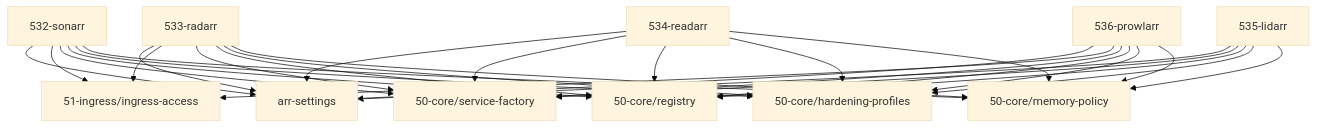
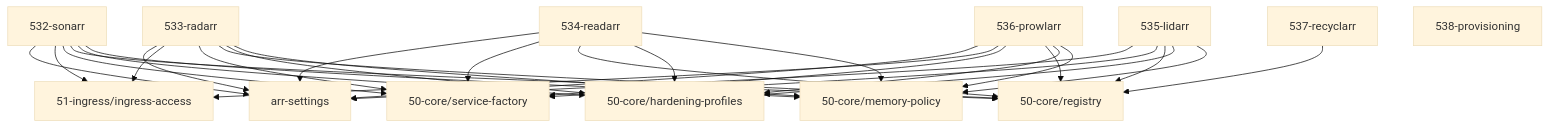
Before and after one commit to grapefruit89/mediNix-core: the diagram in 53-acquisition/AGENTS.md, drawn with Mermaid (base theme). The commit also changed other lines of this file and 32 other files, not shown here.

````diff
--- a/53-acquisition/AGENTS.md
+++ b/53-acquisition/AGENTS.md
@@ -60,32 +62,34 @@
 ```mermaid
 graph TD
   532_sonarr["532-sonarr"] --> arr_settings["53-acquisition/arr-settings"]
   532_sonarr["532-sonarr"] --> ingress_access["51-ingress/ingress-access"]
   532_sonarr["532-sonarr"] --> service_factory["50-core/service-factory"]
   532_sonarr["532-sonarr"] --> registry["50-core/registry"]
   532_sonarr["532-sonarr"] --> hardening_profiles["50-core/hardening-profiles"]
   532_sonarr["532-sonarr"] --> memory_policy["50-core/memory-policy"]
   533_radarr["533-radarr"] --> arr_settings["53-acquisition/arr-settings"]
   533_radarr["533-radarr"] --> ingress_access["51-ingress/ingress-access"]
   533_radarr["533-radarr"] --> service_factory["50-core/service-factory"]
   533_radarr["533-radarr"] --> registry["50-core/registry"]
   533_radarr["533-radarr"] --> hardening_profiles["50-core/hardening-profiles"]
   533_radarr["533-radarr"] --> memory_policy["50-core/memory-policy"]
   534_readarr["534-readarr"] --> arr_settings["53-acquisition/arr-settings"]
   534_readarr["534-readarr"] --> service_factory["50-core/service-factory"]
   534_readarr["534-readarr"] --> registry["50-core/registry"]
   534_readarr["534-readarr"] --> hardening_profiles["50-core/hardening-profiles"]
   534_readarr["534-readarr"] --> memory_policy["50-core/memory-policy"]
   535_lidarr["535-lidarr"] --> arr_settings["53-acquisition/arr-settings"]
   535_lidarr["535-lidarr"] --> service_factory["50-core/service-factory"]
   535_lidarr["535-lidarr"] --> registry["50-core/registry"]
   535_lidarr["535-lidarr"] --> hardening_profiles["50-core/hardening-profiles"]
   535_lidarr["535-lidarr"] --> memory_policy["50-core/memory-policy"]
   536_prowlarr["536-prowlarr"] --> arr_settings["53-acquisition/arr-settings"]
   536_prowlarr["536-prowlarr"] --> ingress_access["51-ingress/ingress-access"]
   536_prowlarr["536-prowlarr"] --> service_factory["50-core/service-factory"]
   536_prowlarr["536-prowlarr"] --> registry["50-core/registry"]
   536_prowlarr["536-prowlarr"] --> hardening_profiles["50-core/hardening-profiles"]
   536_prowlarr["536-prowlarr"] --> memory_policy["50-core/memory-policy"]
+  537_recyclarr["537-recyclarr"] --> registry["50-core/registry"]
+  538_provisioning["538-provisioning"]
   arr_settings["arr-settings"]
 ```
````
